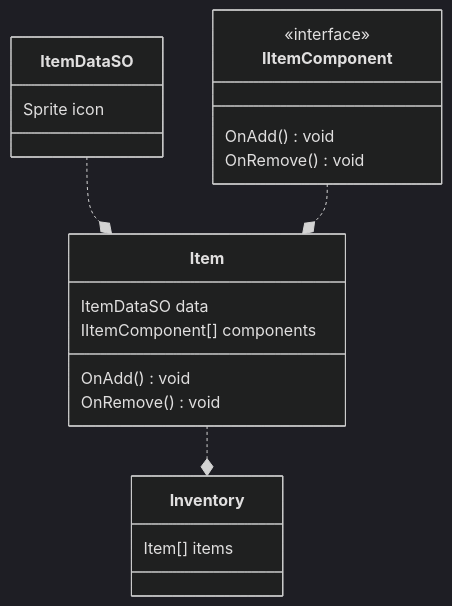
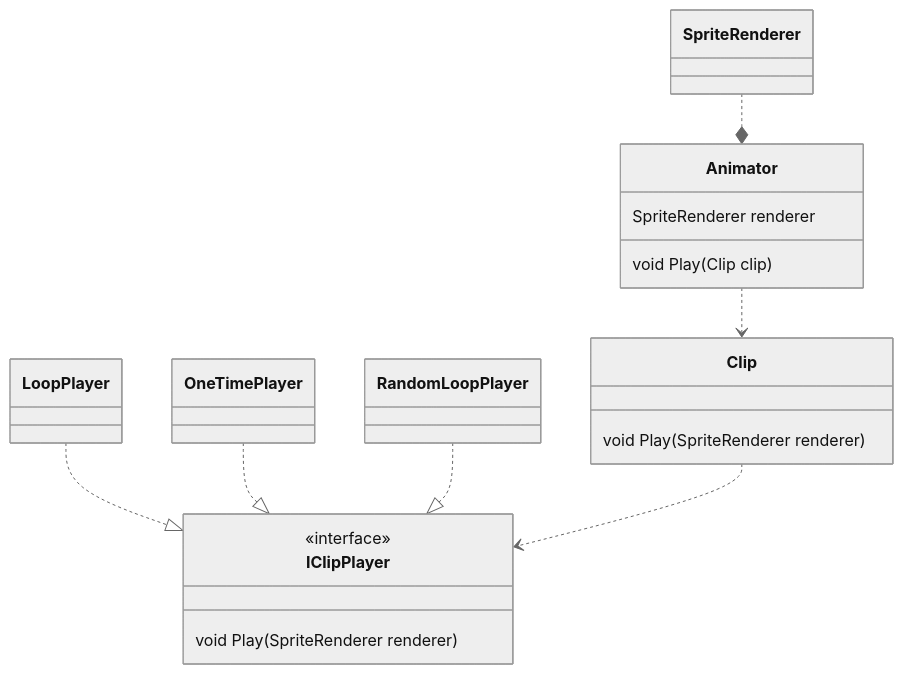
Before and after one commit to SnekTech/mine-sweeper-rogue: the eighth of 10 diagrams in README.md, drawn with Mermaid. The commit also changed other lines of this file and 44 other files, not shown here.

First line of the commit message:
refactor SnekAnimator.cs to use IClipPlayer.cs to play animation

````diff
--- a/README.md
+++ b/README.md
@@ -285,27 +264,28 @@
 ```mermaid
-%%{init: {'theme':'dark'}}%%
+%%{init: {'theme':'neutral'}}%%
 classDiagram
-    class Inventory {
-        Item[] items
+    class SpriteRenderer
+    class Animator {
+        SpriteRenderer renderer
+        void Play(Clip clip)
     }
+    SpriteRenderer ..* Animator
+    class Clip {
+        void Play(SpriteRenderer renderer)
+    }
+    class IClipPlayer {
+        <<interface>>
+        void Play(SpriteRenderer renderer)
+    }
+    class LoopPlayer
+    class OneTimePlayer
+    class RandomLoopPlayer
     
-    class ItemDataSO {
-        Sprite icon
-    }
+    LoopPlayer ..|> IClipPlayer
+    OneTimePlayer ..|> IClipPlayer
+    RandomLoopPlayer ..|> IClipPlayer
     
-    class Item {
-        ItemDataSO data
-        IItemComponent[] components
-        OnAdd() void
-        OnRemove() void
-    }
-    class IItemComponent {
-        <<interface>>
-        OnAdd() void
-        OnRemove() void
-    }
+    Clip ..> IClipPlayer
     
-    Item ..* Inventory
-    ItemDataSO ..* Item
-    IItemComponent ..* Item
+    Animator ..> Clip
 ```
````
